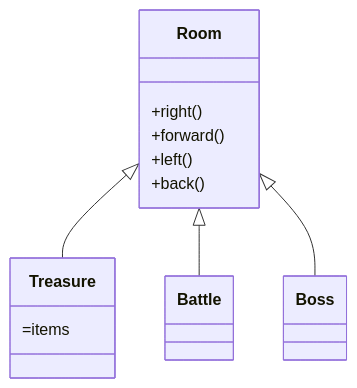
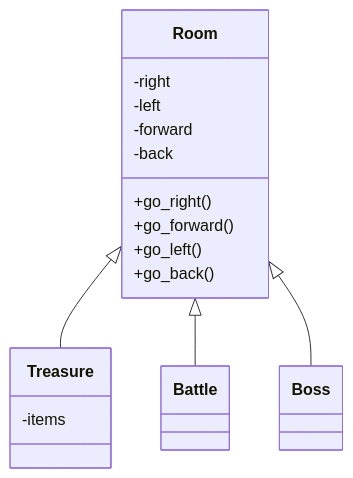
Before and after one commit to edward-yee-ny/j1-summary-project-private-: the first of 3 diagrams in README.md, drawn with Mermaid.

````diff
--- a/README.md
+++ b/README.md
@@ -60,11 +60,15 @@
 ```mermaid
 classDiagram
     Room <|-- Treasure
     Room <|-- Battle
     Room <|-- Boss
-    Room : +right()
-    Room : +forward()
-    Room : +left()
-    Room : +back()
-    Treasure : =items
+    Room : -right
+    Room : -left
+    Room : -forward
+    Room : -back
+    Room : +go_right()
+    Room : +go_forward()
+    Room : +go_left()
+    Room : +go_back()
+    Treasure : -items
 ```
````
